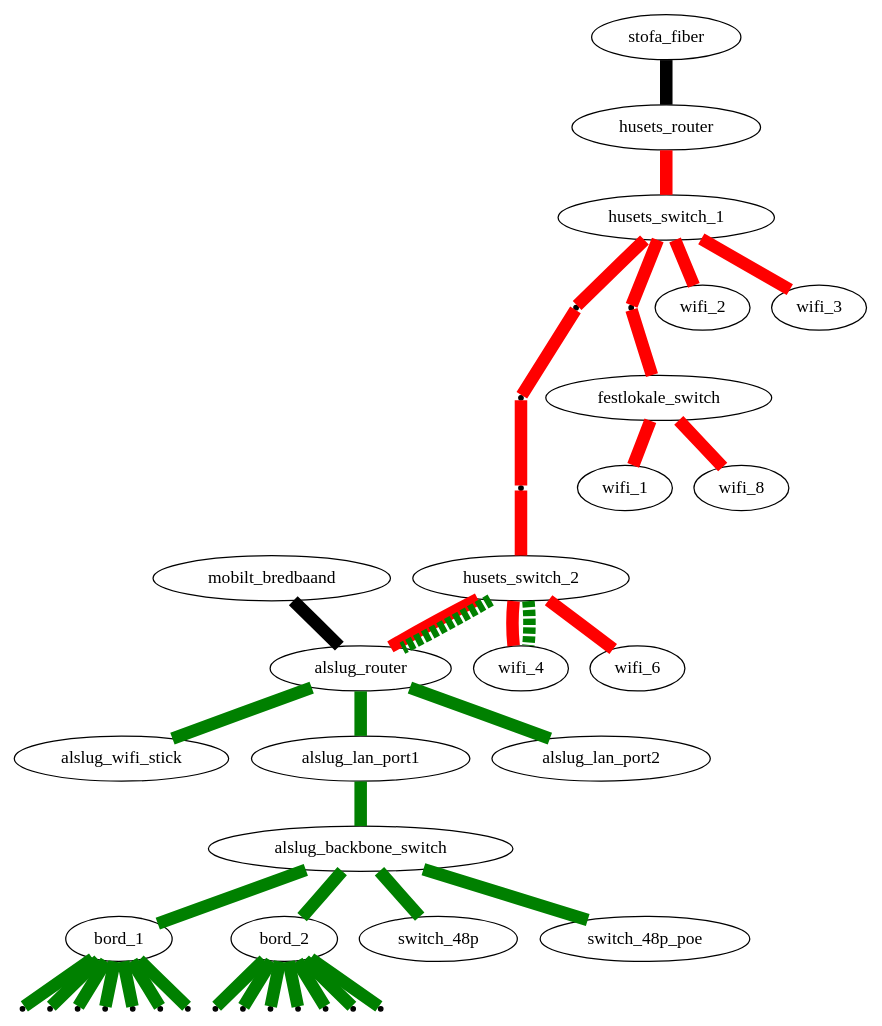
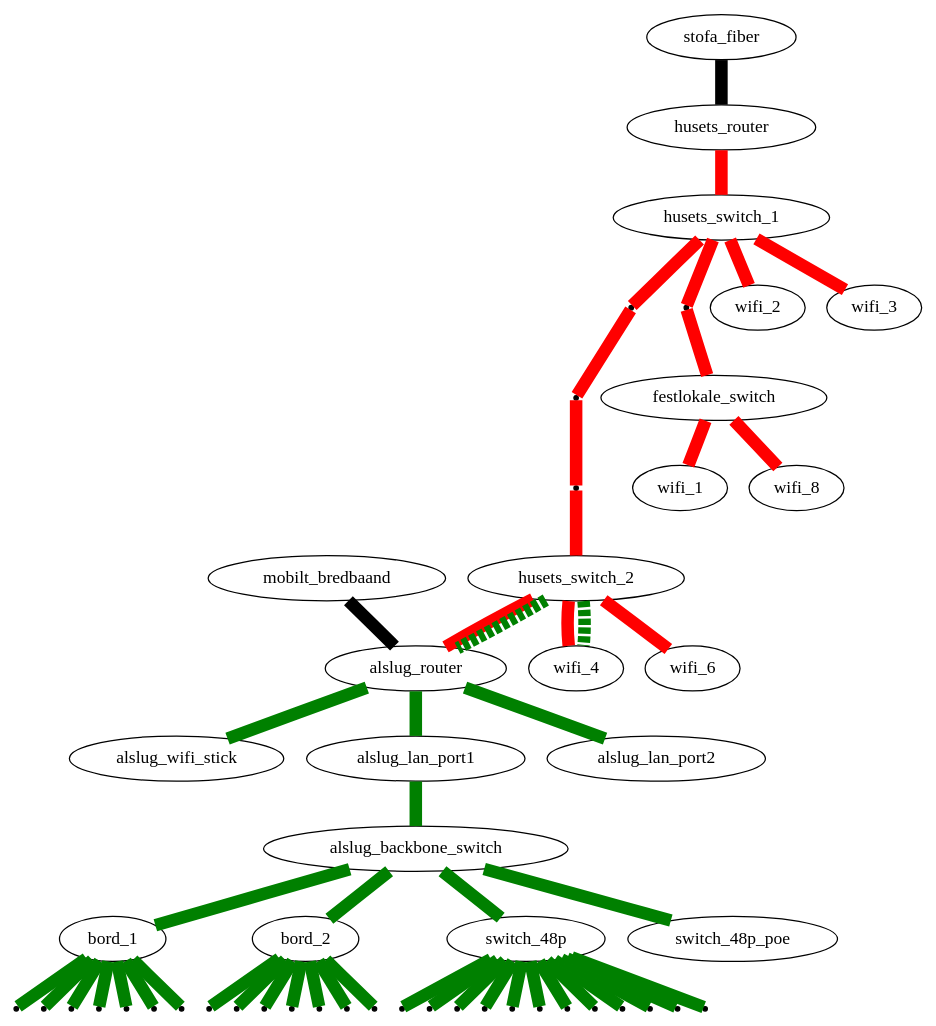
One commit to alslug/alslug.dk changed the diagram in projekter/network.dot. Above: the diagram before and after it, drawn with Graphviz.

```diff
--- a/projekter/network.dot
+++ b/projekter/network.dot
@@ -1,30 +1,31 @@
 digraph xxx {
   link_12a [ shape=point ];
   link_12b [ shape=point ];
   link_12c [ shape=point ];
   link_1fa [ shape=point ];
   edge [ dir=none penwidth=10 ];
   
   // Internet forbindelser
   stofa_fiber      -> husets_router [ fillcolor=black style=filled ];
   mobilt_bredbaand -> alslug_router [ fillcolor=black style=filled ];
   
   // Husets forbindelser
   edge  [ color=red style=solid ];
   husets_router -> husets_switch_1 -> { wifi_2 wifi_3 };
   husets_switch_1 -> link_12a -> link_12b -> link_12c -> husets_switch_2 -> { wifi_4 wifi_6 alslug_router};
   husets_switch_1 -> link_1fa -> festlokale_switch -> { wifi_1 wifi_8 };
 
   // VLAN forbindelser over bakkensbros netværk
   edge  [ color=green style=dashed ];
   husets_switch_2 -> { alslug_router wifi_4 };
   
   // Interne forbindelser
   edge [ color=green style=solid ];
   alslug_router -> { alslug_wifi_stick alslug_lan_port1 alslug_lan_port2 };
   alslug_lan_port1 -> alslug_backbone_switch -> { bord_1 bord_2 switch_48p switch_48p_poe }
   
   node [ shape=point ];
   bord_1 -> { bord_1_1 bord_1_2 bord_1_3 bord_1_4 bord_1_5 bord_1_6 bord_1_7 }
   bord_2 -> { bord_2_1 bord_2_2 bord_2_3 bord_2_4 bord_2_5 bord_2_6 bord_2_7 }
+  switch_48p -> { switch_48p_1 switch_48p_2 switch_48p_3 switch_48p_4 switch_48p_5 switch_48p_6 switch_48p_7 switch_48p_8 switch_48p_9 switch_48p_10 switch_48p_11 switch_48p_12 }
 }
```
